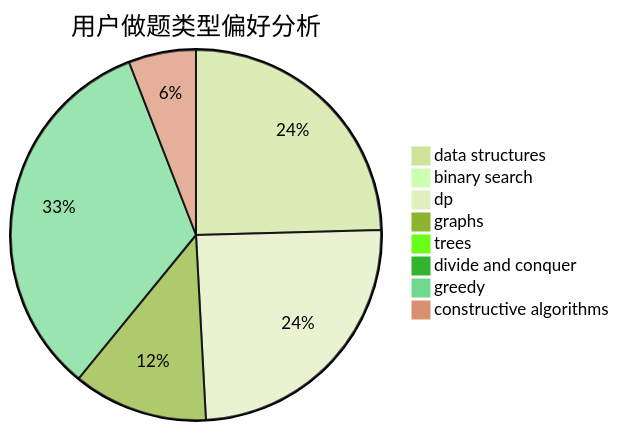
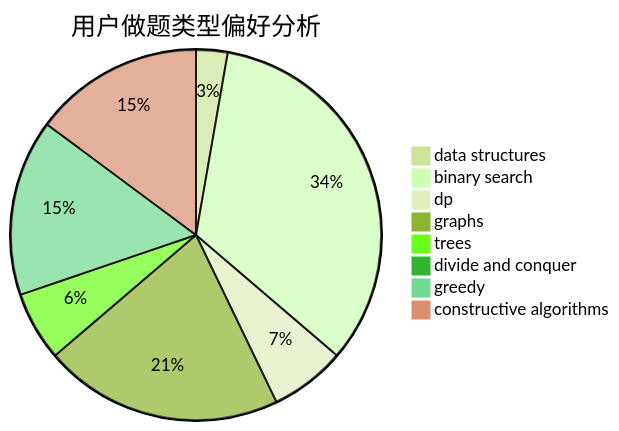
One commit to sherpahu/cfrs.github.io changed the second of 3 diagrams in docs/user/u2589.md. Above: the diagram before and after it, drawn with Mermaid (forest theme). The commit also changed other lines of this file and 2770 other files, not shown here.

````diff
--- a/docs/user/u2589.md
+++ b/docs/user/u2589.md
@@ -23,11 +23,11 @@
 ```mermaid
 pie title 用户做题类型偏好分析
-    "data structures" :  330
-    "binary search" :  4
-    "dp" :  330
-    "graphs" :  158
-    "trees" :  0
+    "data structures" :  5
+    "binary search" :  61
+    "dp" :  12
+    "graphs" :  38
+    "trees" :  11
     "divide and conquer" :  0
-    "greedy" :  446
-    "constructive algorithms" :  79
+    "greedy" :  28
+    "constructive algorithms" :  27
 ```
````
